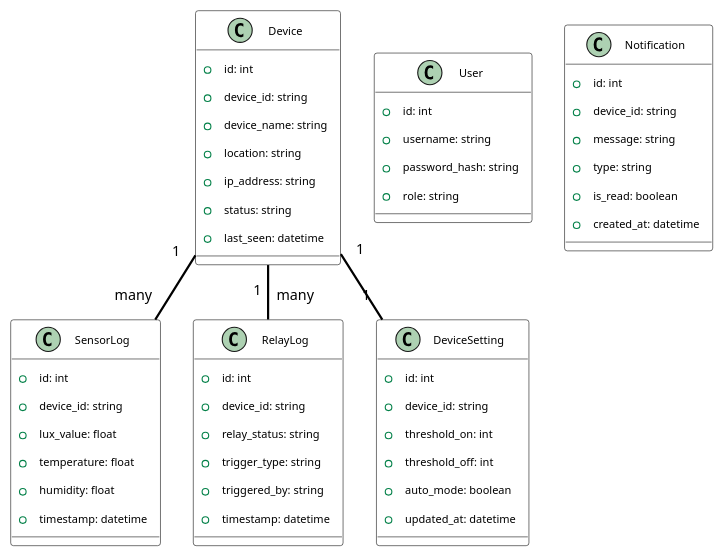
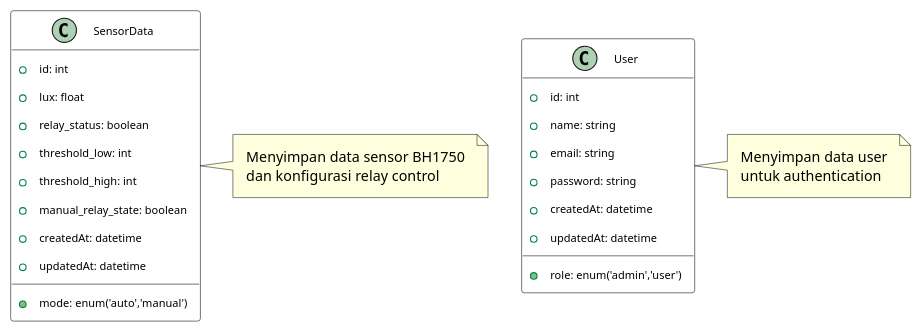
The diagram in diagramproject/class.puml (C-PPAW-TI503P-2025/Project-Kelompok6-Cahaya), drawn with PlantUML before and after one commit. The commit also changed 7 other files, not shown here.

Commit message:
Memperbarui semua diagram UML agar sesuai dengan implementasi BH1750 Twilight Switch

```diff
--- a/diagramproject/class.puml
+++ b/diagramproject/class.puml
@@ -1,71 +1,47 @@
 @startuml
 skinparam padding 6
 skinparam BackgroundColor white
 skinparam classBackgroundColor white
 skinparam classBorderColor black
 skinparam ArrowColor black
 skinparam classPadding 10
 skinparam ArrowThickness 2
 skinparam Shadowing false
 skinparam classFontSize 11
 skinparam classAttributeFontSize 10
 skinparam nodesep 30
 skinparam ranksep 50
 
-class Device {
+class SensorData {
   +id: int
-  +device_id: string
-  +device_name: string
-  +location: string
-  +ip_address: string
-  +status: string
-  +last_seen: datetime
-}
-
-class SensorLog {
-  +id: int
-  +device_id: string
-  +lux_value: float
-  +temperature: float
-  +humidity: float
-  +timestamp: datetime
-}
-
-class RelayLog {
-  +id: int
-  +device_id: string
-  +relay_status: string
-  +trigger_type: string
-  +triggered_by: string
-  +timestamp: datetime
-}
-
-class DeviceSetting {
-  +id: int
-  +device_id: string
-  +threshold_on: int
-  +threshold_off: int
-  +auto_mode: boolean
-  +updated_at: datetime
+  +lux: float
+  +relay_status: boolean
+  +mode: enum('auto','manual')
+  +threshold_low: int
+  +threshold_high: int
+  +manual_relay_state: boolean
+  +createdAt: datetime
+  +updatedAt: datetime
 }
 
 class User {
   +id: int
-  +username: string
-  +password_hash: string
-  +role: string
+  +name: string
+  +email: string
+  +password: string
+  +role: enum('admin','user')
+  +createdAt: datetime
+  +updatedAt: datetime
 }
 
-class Notification {
-  +id: int
-  +device_id: string
-  +message: string
-  +type: string
-  +is_read: boolean
-  +created_at: datetime
-}
+note right of SensorData
+  Menyimpan data sensor BH1750
+  dan konfigurasi relay control
+end note
 
-Device "1" -- "many" SensorLog
-Device "1" -- "many" RelayLog
-Device "1" -- "1" DeviceSetting
+note right of User
+  Menyimpan data user
+  untuk authentication
+end note
+
 @enduml
```
